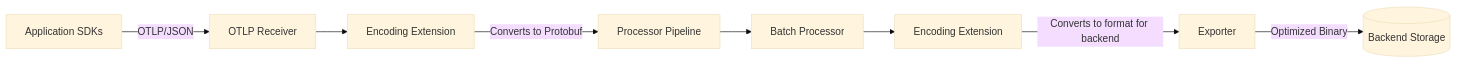
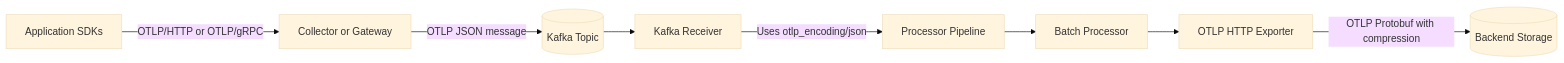
The diagram in posts/2026-02-06-encoding-extension-opentelemetry-collector/README.md (OneUptime/blog), drawn with Mermaid (base theme) before and after one commit. The commit also changed other lines of this file and 2 other files, not shown here.

Commit message:
validate: 2026-02-06-encoding-extension-opentelemetry-collector

````diff
--- a/posts/2026-02-06-encoding-extension-opentelemetry-collector/README.md
+++ b/posts/2026-02-06-encoding-extension-opentelemetry-collector/README.md
@@ -37,10 +39,10 @@
 ```mermaid
 graph LR
-    A[Application SDKs] -->|OTLP/JSON| B[OTLP Receiver]
-    B --> C[Encoding Extension]
-    C -->|Converts to Protobuf| D[Processor Pipeline]
-    D --> E[Batch Processor]
-    E --> F[Encoding Extension]
-    F -->|Converts to format for backend| G[Exporter]
-    G -->|Optimized Binary| H[(Backend Storage)]
+    A[Application SDKs] -->|OTLP/HTTP or OTLP/gRPC| B[Collector or Gateway]
+    B -->|OTLP JSON message| C[(Kafka Topic)]
+    C --> D[Kafka Receiver]
+    D -->|Uses otlp_encoding/json| E[Processor Pipeline]
+    E --> F[Batch Processor]
+    F --> G[OTLP HTTP Exporter]
+    G -->|OTLP Protobuf with compression| H[(Backend Storage)]
 ```
````
